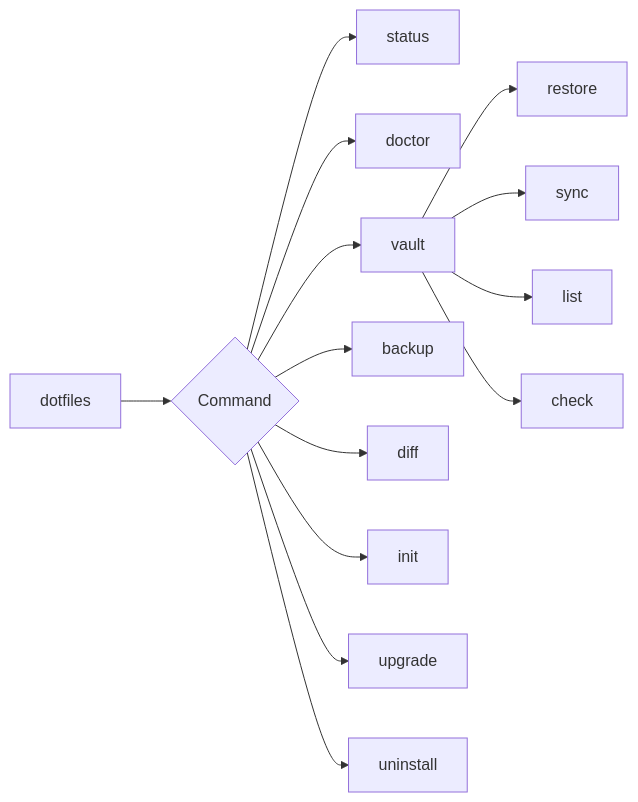
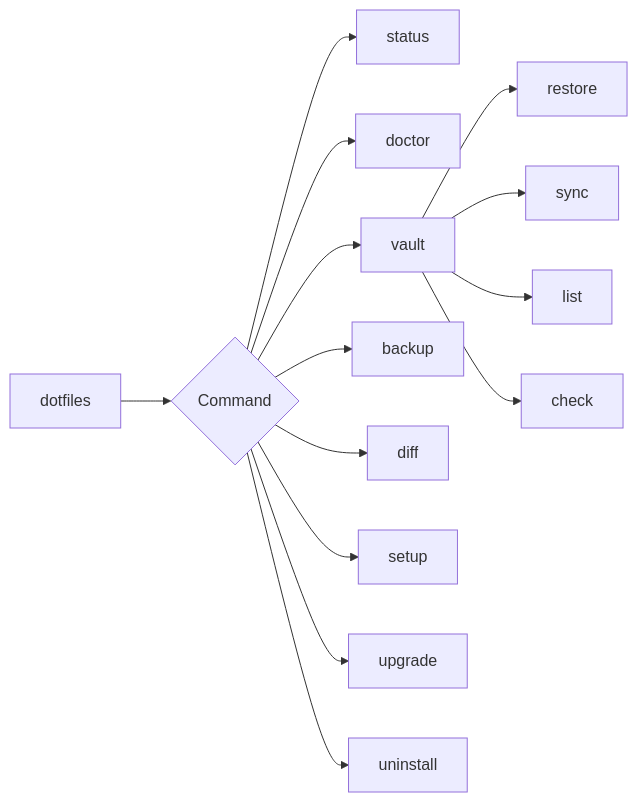
The second of 8 diagrams in docs/architecture.md (blackwell-systems/blackdot), drawn with Mermaid before and after one commit. The commit also changed other lines of this file and 8 other files, not shown here.

````diff
--- a/docs/architecture.md
+++ b/docs/architecture.md
@@ -44,17 +44,17 @@
 ```mermaid
 graph LR
     A[dotfiles] --> B{Command}
     B --> C[status]
     B --> D[doctor]
     B --> E[vault]
     B --> F[backup]
     B --> G[diff]
-    B --> H[init]
+    B --> H[setup]
     B --> I[upgrade]
     B --> J[uninstall]
 
     E --> E1[restore]
     E --> E2[sync]
     E --> E3[list]
     E --> E4[check]
 ```
````
